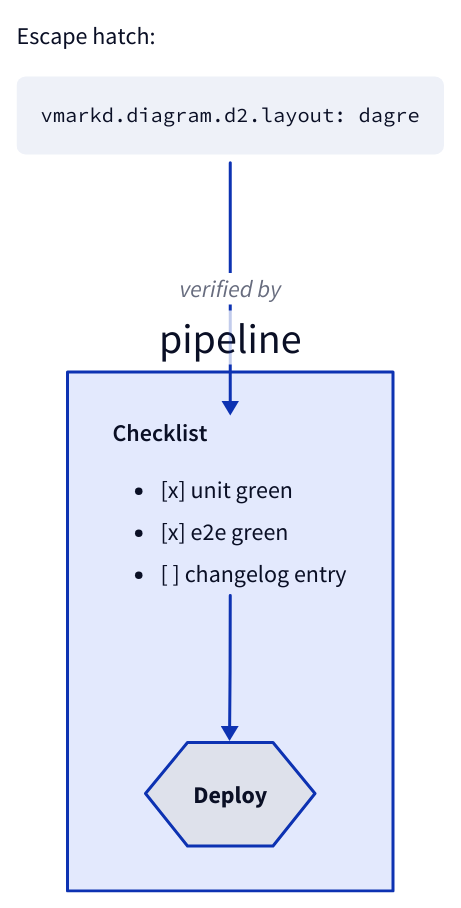
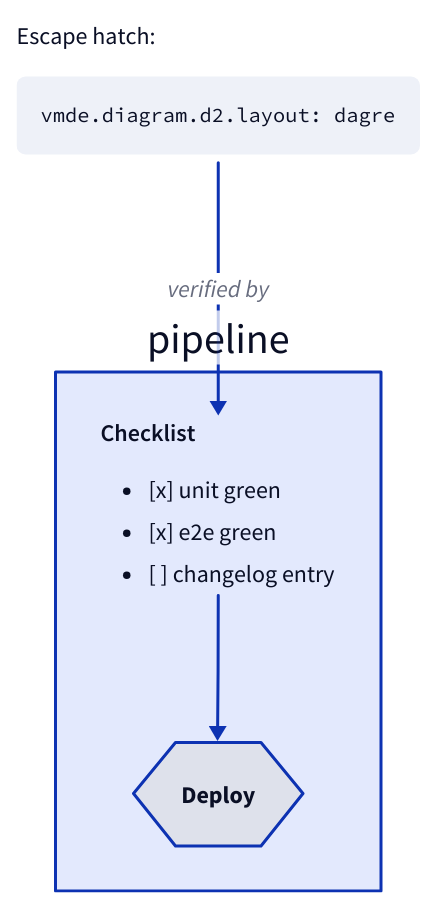
Diagram 17 of 17 in test/vscode-e2e/fixtures/all-renderers.md (laicasaane/vmarkd-visual-markdown-editor), drawn with D2 before and after one commit. The commit also changed other lines of this file and 614 other files, not shown here.

````diff
--- a/test/vscode-e2e/fixtures/all-renderers.md
+++ b/test/vscode-e2e/fixtures/all-renderers.md
@@ -696,18 +696,18 @@
 ```d2
 pipeline: {
   checklist: |md
     #### Checklist
     - [x] unit green
     - [x] e2e green
     - [ ] changelog entry
   |
   deploy: Deploy {shape: hexagon}
   checklist -> deploy
 }
 snippet: |md
   Escape hatch:
 
-      vmarkd.diagram.d2.layout: dagre
+      vmde.diagram.d2.layout: dagre
 |
 snippet -> pipeline.checklist: verified by
 ```
````
